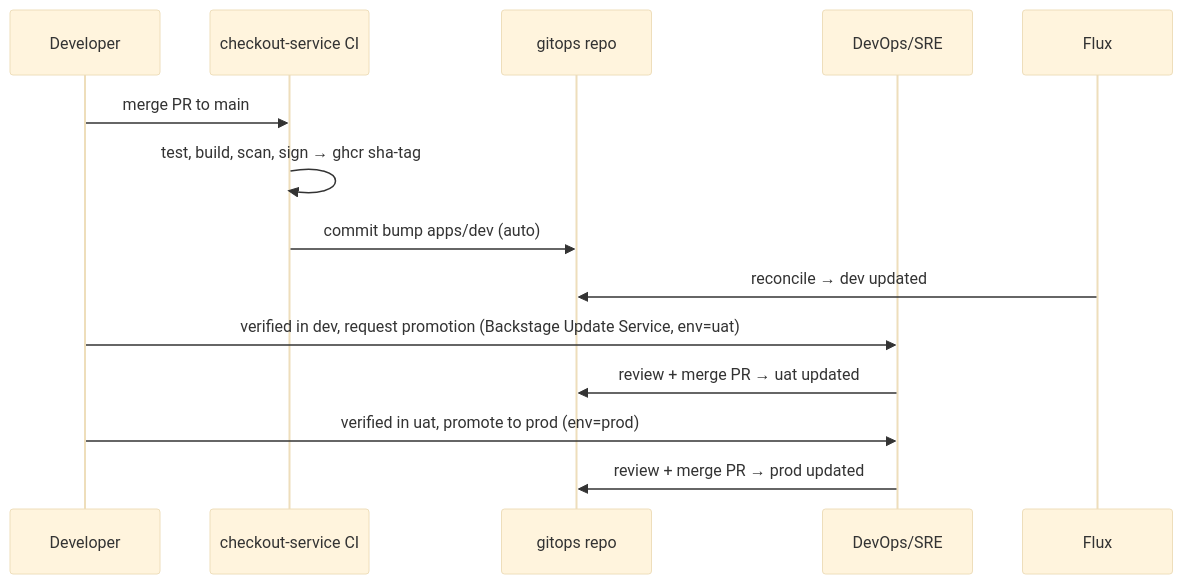
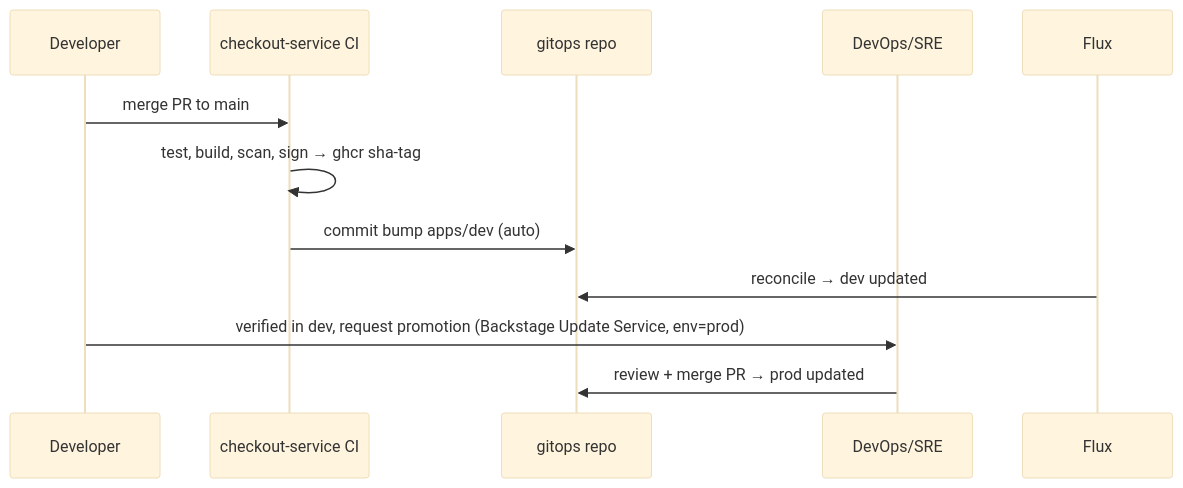
The second of 2 diagrams in README.md (duynhlab/gitops), drawn with Mermaid (base theme) before and after one commit. The commit also changed other lines of this file and 8 other files, not shown here.

````diff
--- a/README.md
+++ b/README.md
@@ -42,16 +42,14 @@
 ```mermaid
 sequenceDiagram
     participant Dev as Developer
     participant CI as checkout-service CI
     participant Git as gitops repo
     participant Ops as DevOps/SRE
     participant Flux
     Dev->>CI: merge PR to main
     CI->>CI: test, build, scan, sign → ghcr sha-tag
     CI->>Git: commit bump apps/dev (auto)
     Flux->>Git: reconcile → dev updated
-    Dev->>Ops: verified in dev, request promotion (Backstage Update Service, env=uat)
-    Ops->>Git: review + merge PR → uat updated
-    Dev->>Ops: verified in uat, promote to prod (env=prod)
+    Dev->>Ops: verified in dev, request promotion (Backstage Update Service, env=prod)
     Ops->>Git: review + merge PR → prod updated
 ```
````
